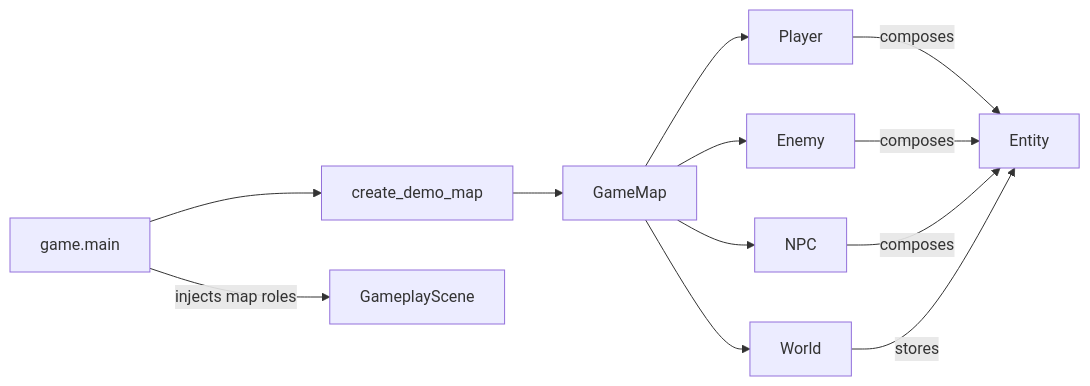
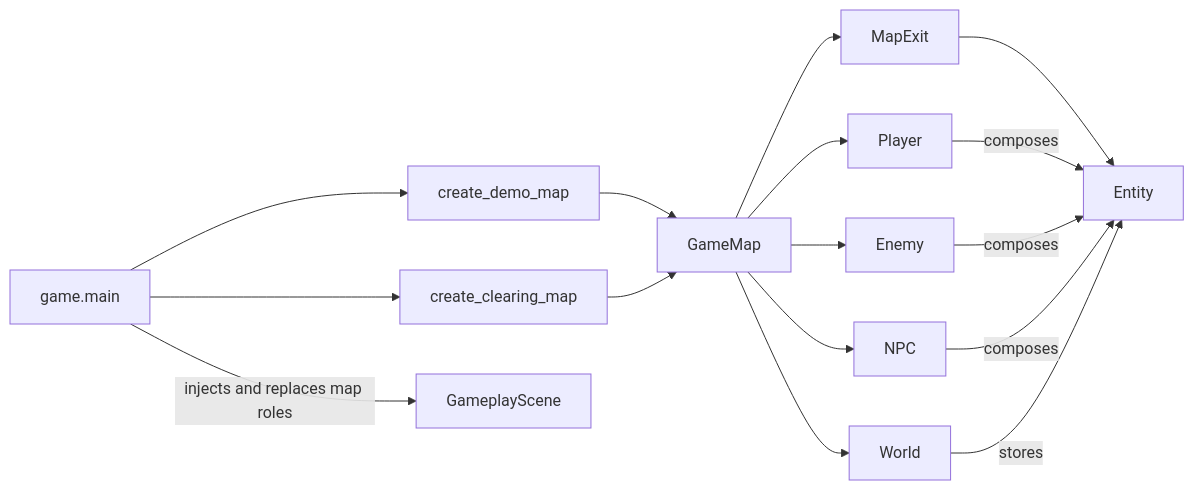
Before and after one commit to VincentMardon/my_first_adventure_game: the second of 3 diagrams in docs/architecture/overview.md, drawn with Mermaid. The commit also changed other lines of this file and 18 other files, not shown here.

````diff
--- a/docs/architecture/overview.md
+++ b/docs/architecture/overview.md
@@ -269,14 +270,18 @@
 ```mermaid
 flowchart LR
     GameMain["game.main"] --> DemoMap["create_demo_map"]
+    GameMain --> ClearingMap["create_clearing_map"]
     DemoMap --> GameMap["GameMap"]
+    ClearingMap --> GameMap
     GameMap --> World["World"]
     GameMap --> Player["Player"]
     GameMap --> Enemy["Enemy"]
     GameMap --> NPC["NPC"]
+    GameMap --> MapExit["MapExit"]
+    MapExit --> Entity
     Player -->|"composes"| Entity["Entity"]
     Enemy -->|"composes"| Entity
     NPC -->|"composes"| Entity
     World -->|"stores"| Entity
-    GameMain -->|"injects map roles"| GameplayScene["GameplayScene"]
+    GameMain -->|"injects and replaces map roles"| GameplayScene["GameplayScene"]
 ```
````
